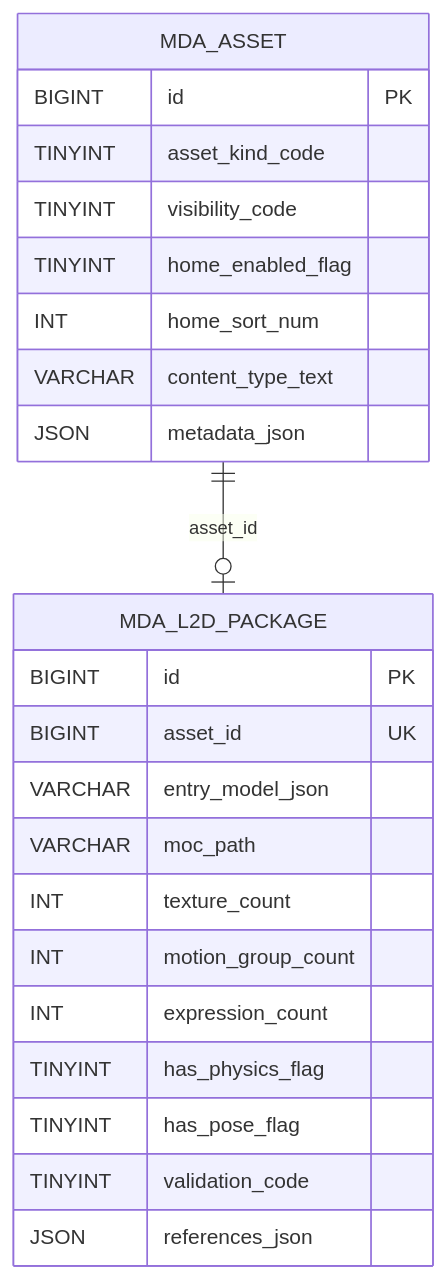
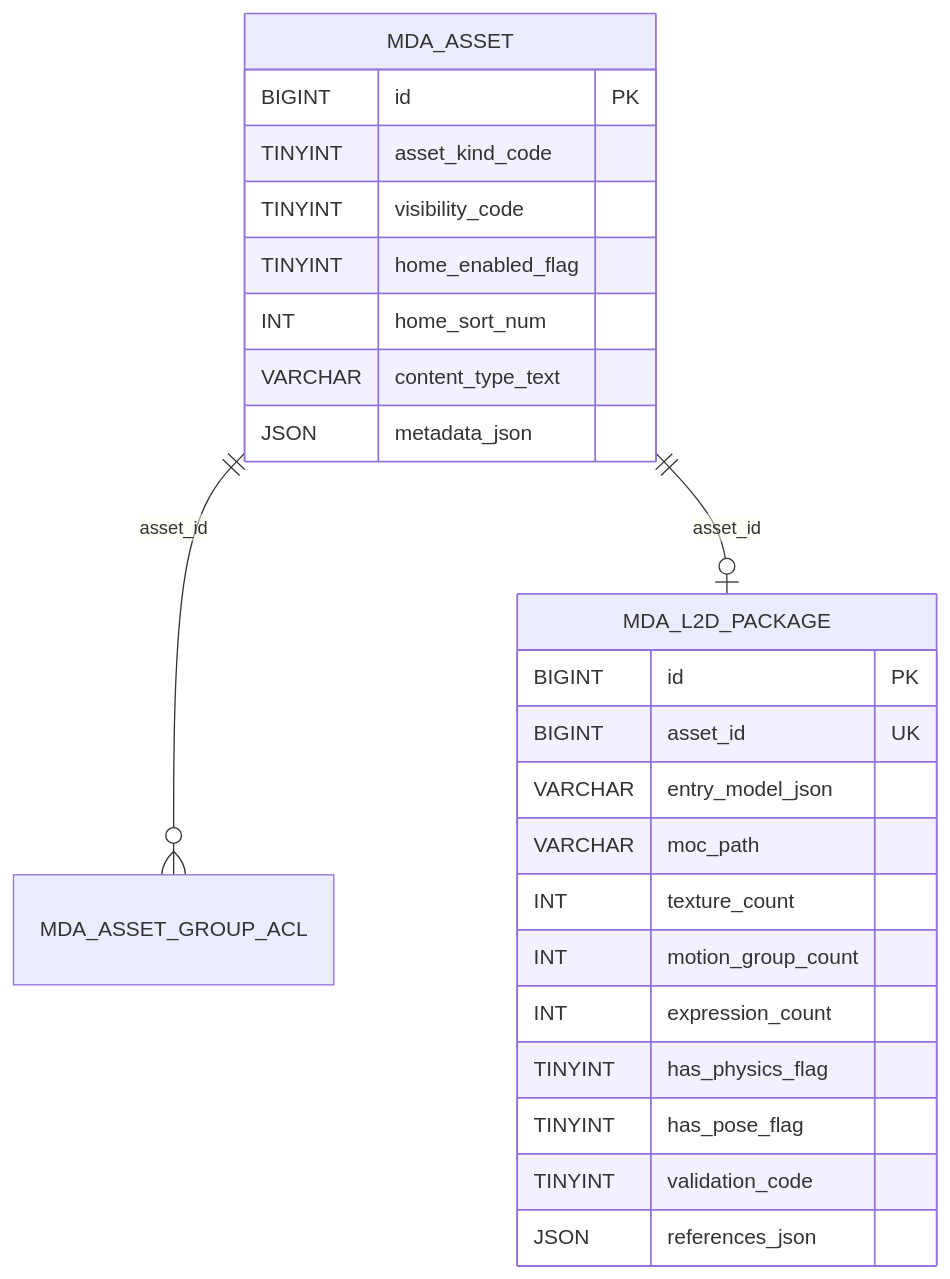
The second of 2 diagrams in resouces/md/07_L2D媒体资产后端实施计划_v0.1.md (IzumiShizuki/shizuki-site), drawn with Mermaid before and after one commit. The commit also changed other lines of this file and 8 other files, not shown here.

````diff
--- a/resouces/md/07_L2D媒体资产后端实施计划_v0.1.md
+++ b/resouces/md/07_L2D媒体资产后端实施计划_v0.1.md
@@ -86,28 +94,29 @@
 ```mermaid
 erDiagram
+  MDA_ASSET ||--o{ MDA_ASSET_GROUP_ACL : "asset_id"
   MDA_ASSET ||--o| MDA_L2D_PACKAGE : "asset_id"
 
   MDA_ASSET {
     BIGINT id PK
     TINYINT asset_kind_code
     TINYINT visibility_code
     TINYINT home_enabled_flag
     INT home_sort_num
     VARCHAR content_type_text
     JSON metadata_json
   }
 
   MDA_L2D_PACKAGE {
     BIGINT id PK
     BIGINT asset_id UK
     VARCHAR entry_model_json
     VARCHAR moc_path
     INT texture_count
     INT motion_group_count
     INT expression_count
     TINYINT has_physics_flag
     TINYINT has_pose_flag
     TINYINT validation_code
     JSON references_json
   }
 ```
````
